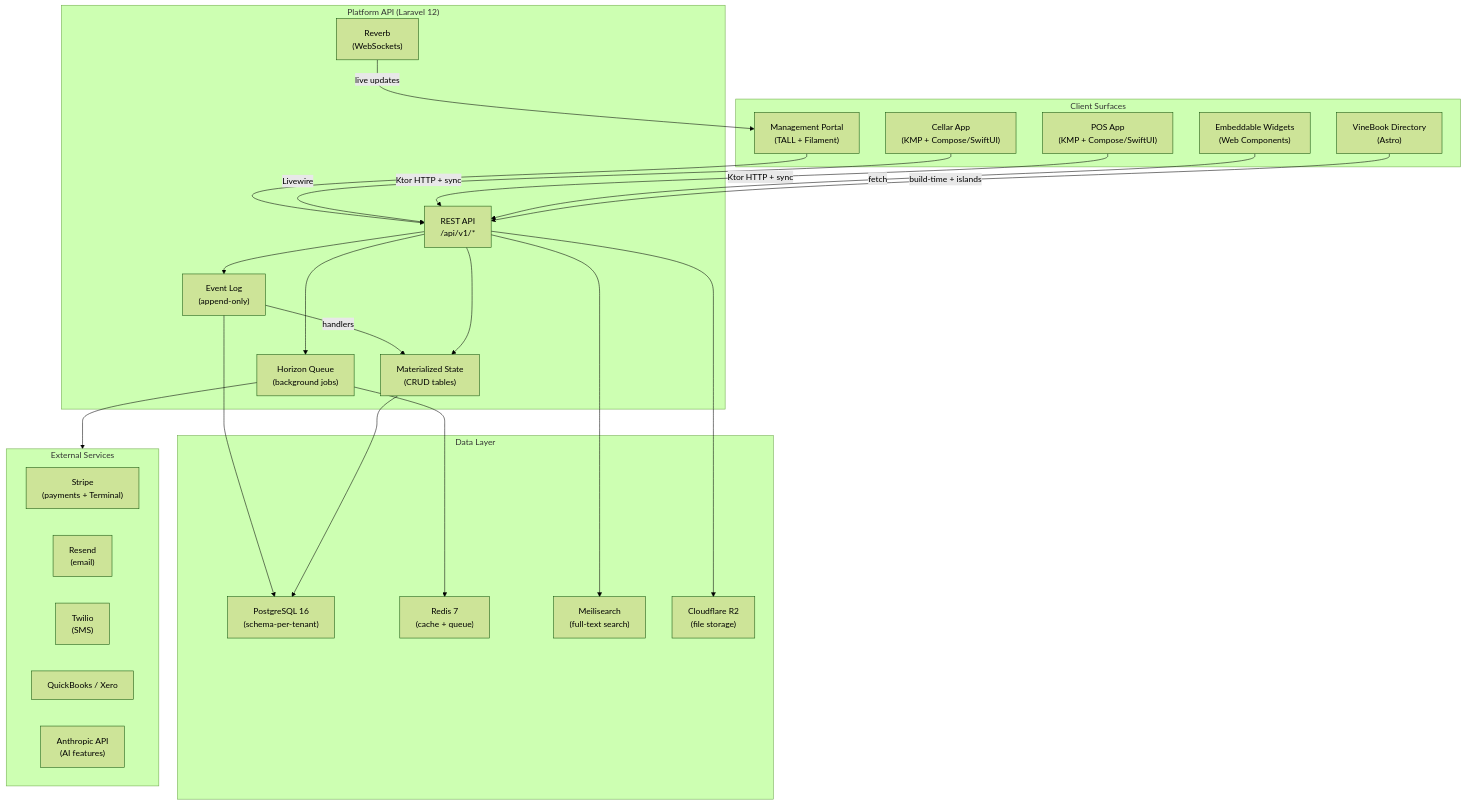
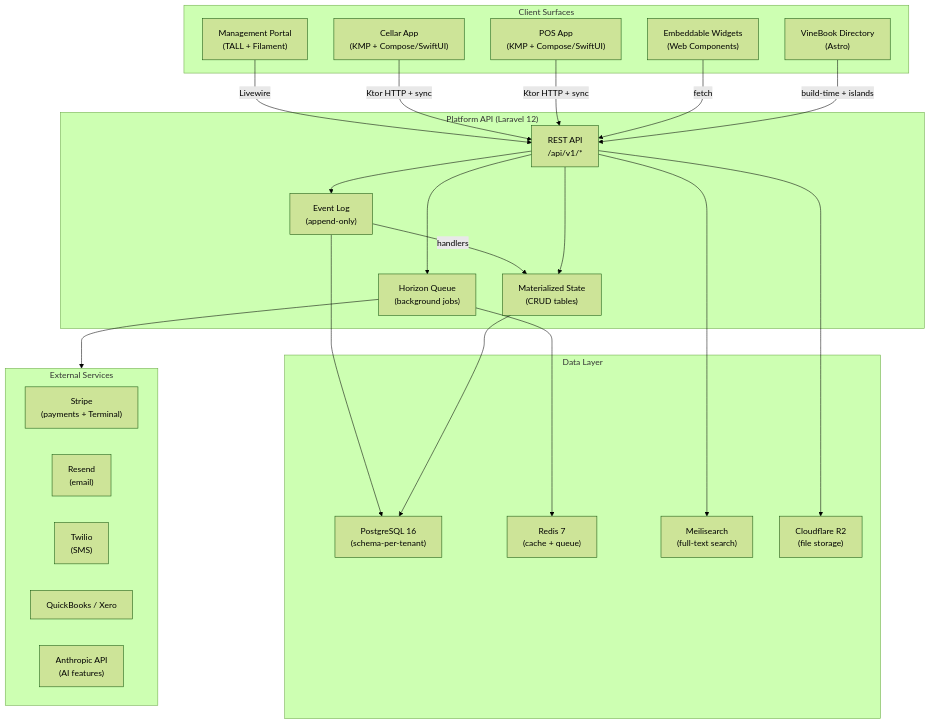
One commit to KoldenAxelson/VineSuite changed the diagram in docs/diagrams/system-overview.mermaid. Above: the diagram before and after it, drawn with Mermaid (forest theme). The commit also changed 38 other files, not shown here.

```diff
--- a/docs/diagrams/system-overview.mermaid
+++ b/docs/diagrams/system-overview.mermaid
@@ -1,51 +1,50 @@
 graph TB
     subgraph Clients["Client Surfaces"]
         Portal["Management Portal<br/>(TALL + Filament)"]
         Cellar["Cellar App<br/>(KMP + Compose/SwiftUI)"]
         POS["POS App<br/>(KMP + Compose/SwiftUI)"]
         Widgets["Embeddable Widgets<br/>(Web Components)"]
         VineBook["VineBook Directory<br/>(Astro)"]
     end
 
     subgraph API["Platform API (Laravel 12)"]
         Routes["REST API<br/>/api/v1/*"]
         EventLog["Event Log<br/>(append-only)"]
         State["Materialized State<br/>(CRUD tables)"]
         Queue["Horizon Queue<br/>(background jobs)"]
-        WS["Reverb<br/>(WebSockets)"]
     end
 
     subgraph Data["Data Layer"]
         PG["PostgreSQL 16<br/>(schema-per-tenant)"]
         Redis["Redis 7<br/>(cache + queue)"]
         Meili["Meilisearch<br/>(full-text search)"]
         R2["Cloudflare R2<br/>(file storage)"]
     end
 
     subgraph External["External Services"]
         Stripe["Stripe<br/>(payments + Terminal)"]
         Resend["Resend<br/>(email)"]
         Twilio["Twilio<br/>(SMS)"]
         QBO["QuickBooks / Xero"]
         Anthropic["Anthropic API<br/>(AI features)"]
     end
 
     Portal -->|Livewire| Routes
     Cellar -->|Ktor HTTP + sync| Routes
     POS -->|Ktor HTTP + sync| Routes
     Widgets -->|fetch| Routes
     VineBook -->|build-time + islands| Routes
 
     Routes --> EventLog
     EventLog -->|handlers| State
     Routes --> State
     Routes --> Queue
     Queue --> External
 
     EventLog --> PG
     State --> PG
     Queue --> Redis
     Routes --> Meili
     Routes --> R2
 
-    WS -->|live updates| Portal
+    %% Planned: Reverb (WebSockets) for live dashboard updates
```
